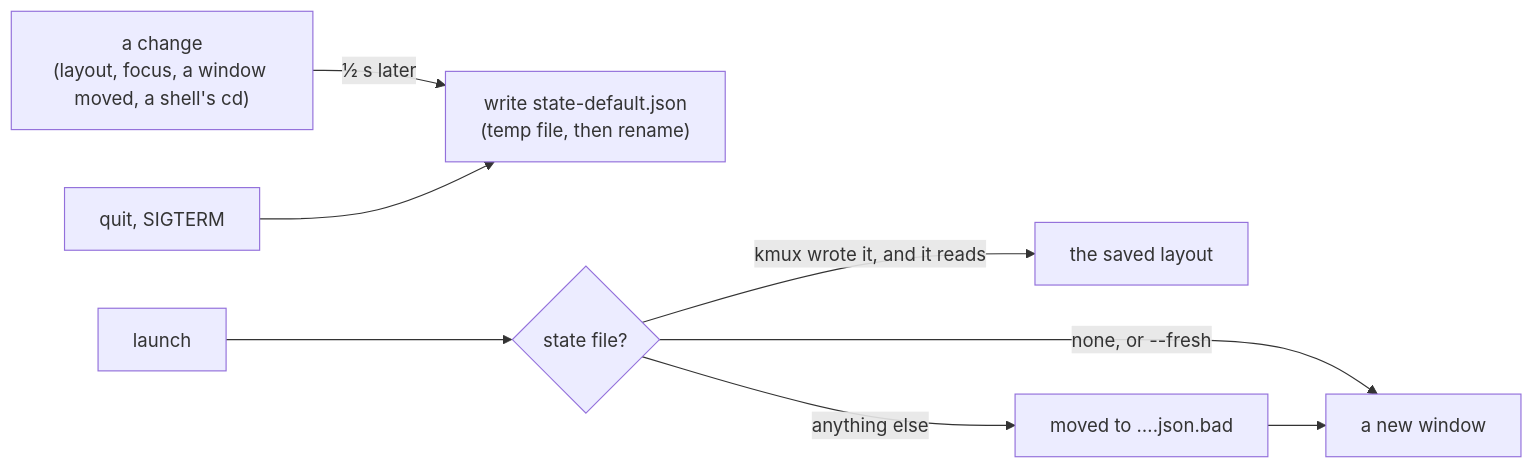
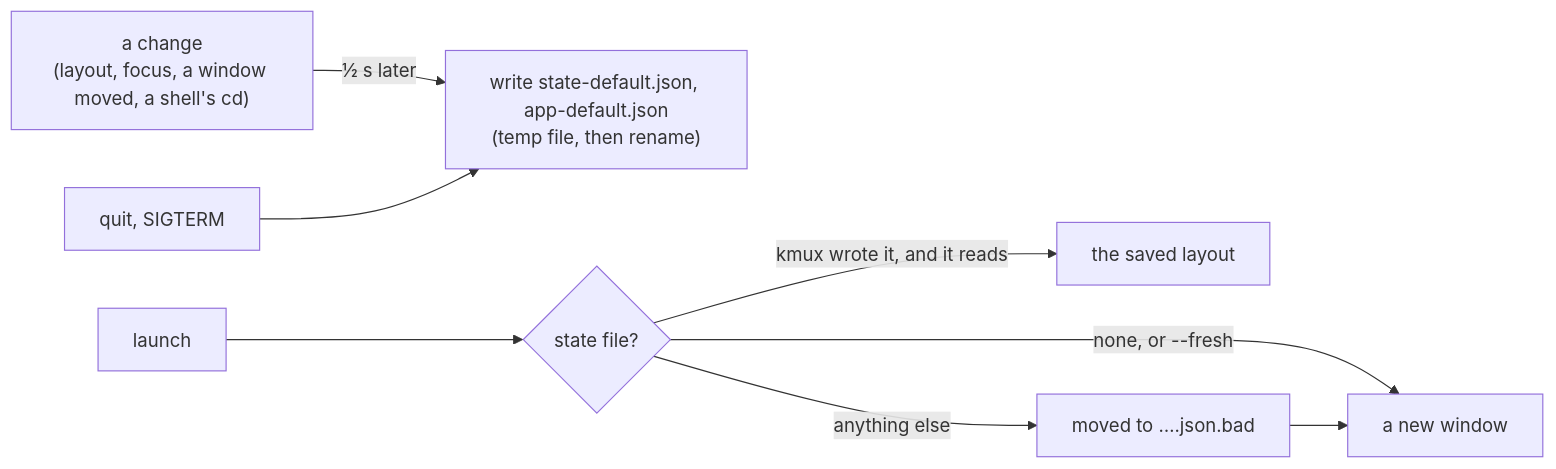
Before and after one commit to tampopogk/kmux: the fourth of 7 diagrams in docs/kmux-spec.md, drawn with Mermaid. The commit also changed other lines of this file and 18 other files, not shown here.

````diff
--- a/docs/kmux-spec.md
+++ b/docs/kmux-spec.md
@@ -149,9 +149,9 @@
 ```mermaid
 flowchart LR
-    CH["a change<br/>(layout, focus, a window moved, a shell's cd)"] -->|"½ s later"| W["write state-default.json<br/>(temp file, then rename)"]
+    CH["a change<br/>(layout, focus, a window moved, a shell's cd)"] -->|"½ s later"| W["write state-default.json, app-default.json<br/>(temp file, then rename)"]
     Q["quit, SIGTERM"] --> W
     L["launch"] --> R{"state file?"}
     R -->|"none, or --fresh"| N["a new window"]
     R -->|"kmux wrote it, and it reads"| B["the saved layout"]
     R -->|"anything else"| A["moved to ….json.bad"] --> N
 ```
````
